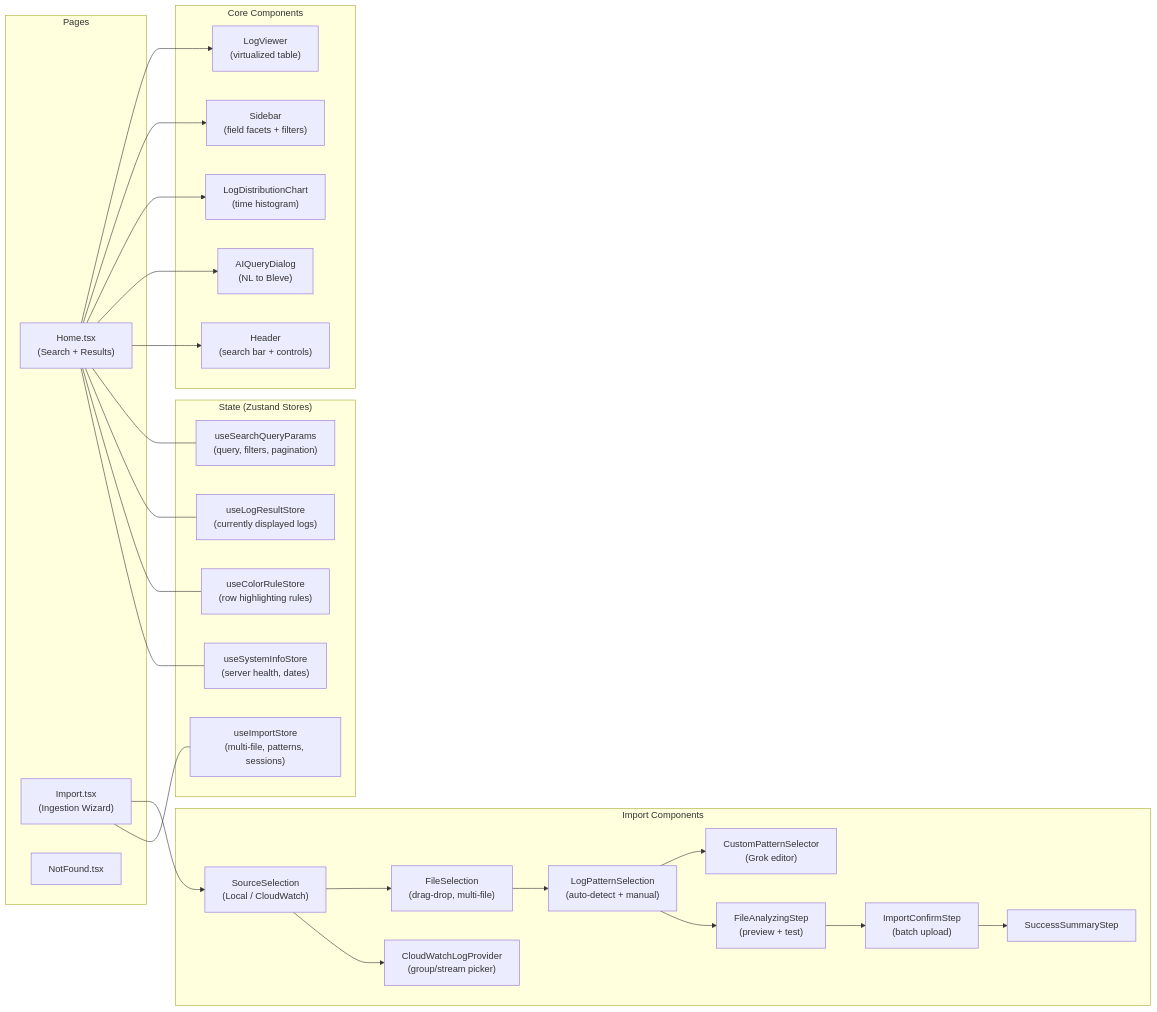
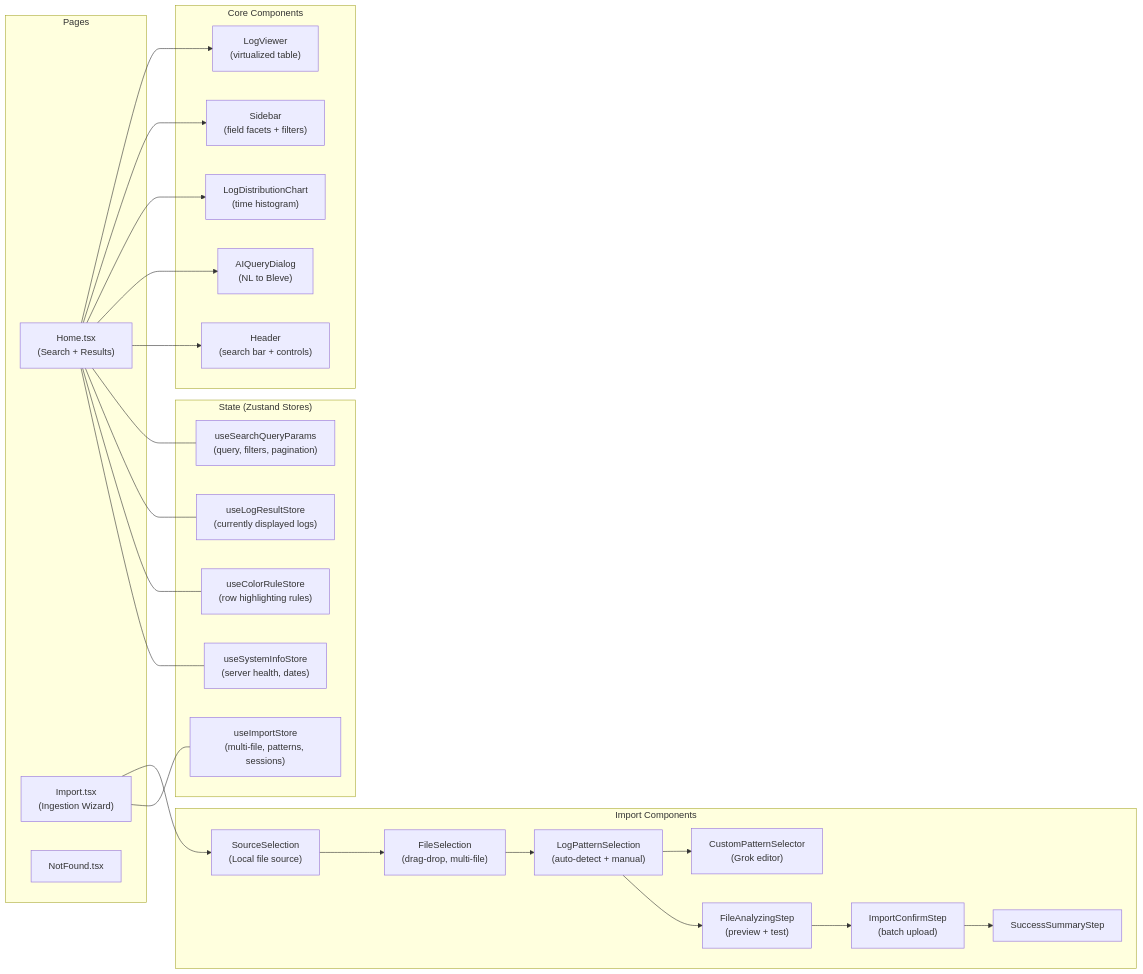
Before and after one commit to logsonic/logsonic: the second of 8 diagrams in docs/System_Architecture.md, drawn with Mermaid. The commit also changed other lines of this file and 84 other files, not shown here.

````diff
--- a/docs/System_Architecture.md
+++ b/docs/System_Architecture.md
@@ -61,51 +49,49 @@
 ```mermaid
 graph LR
     subgraph "Pages"
         Home["Home.tsx<br/>(Search + Results)"]
         Import["Import.tsx<br/>(Ingestion Wizard)"]
         NotFound["NotFound.tsx"]
     end
 
     subgraph "State (Zustand Stores)"
         ImportStore["useImportStore<br/>(multi-file, patterns, sessions)"]
         SearchStore["useSearchQueryParams<br/>(query, filters, pagination)"]
         ColorStore["useColorRuleStore<br/>(row highlighting rules)"]
         SysInfo["useSystemInfoStore<br/>(server health, dates)"]
         LogResult["useLogResultStore<br/>(currently displayed logs)"]
     end
 
     subgraph "Core Components"
         LogViewer["LogViewer<br/>(virtualized table)"]
         Sidebar["Sidebar<br/>(field facets + filters)"]
         DistChart["LogDistributionChart<br/>(time histogram)"]
         AIDialog["AIQueryDialog<br/>(NL to Bleve)"]
         Header["Header<br/>(search bar + controls)"]
     end
 
     subgraph "Import Components"
-        SourceSel["SourceSelection<br/>(Local / CloudWatch)"]
+        SourceSel["SourceSelection<br/>(Local file source)"]
         FileSel["FileSelection<br/>(drag-drop, multi-file)"]
         PatternSel["LogPatternSelection<br/>(auto-detect + manual)"]
         CustomPat["CustomPatternSelector<br/>(Grok editor)"]
         FileAnalyze["FileAnalyzingStep<br/>(preview + test)"]
         ImportConfirm["ImportConfirmStep<br/>(batch upload)"]
         SuccessSum["SuccessSummaryStep"]
-        CWProvider["CloudWatchLogProvider<br/>(group/stream picker)"]
     end
 
     Home --> LogViewer
     Home --> Sidebar
     Home --> DistChart
     Home --> AIDialog
     Home --> Header
     Import --> SourceSel --> FileSel
     FileSel --> PatternSel --> CustomPat
     PatternSel --> FileAnalyze --> ImportConfirm --> SuccessSum
-    SourceSel --> CWProvider
 
     Home --- SearchStore
     Home --- LogResult
     Home --- ColorStore
     Home --- SysInfo
     Import --- ImportStore
 ```
````
